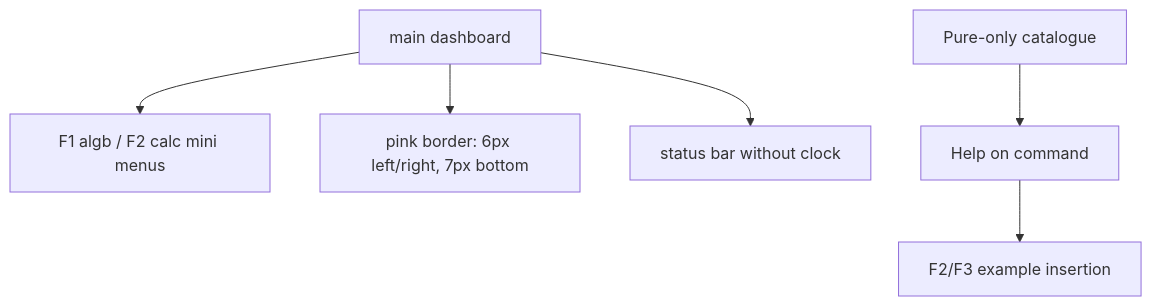
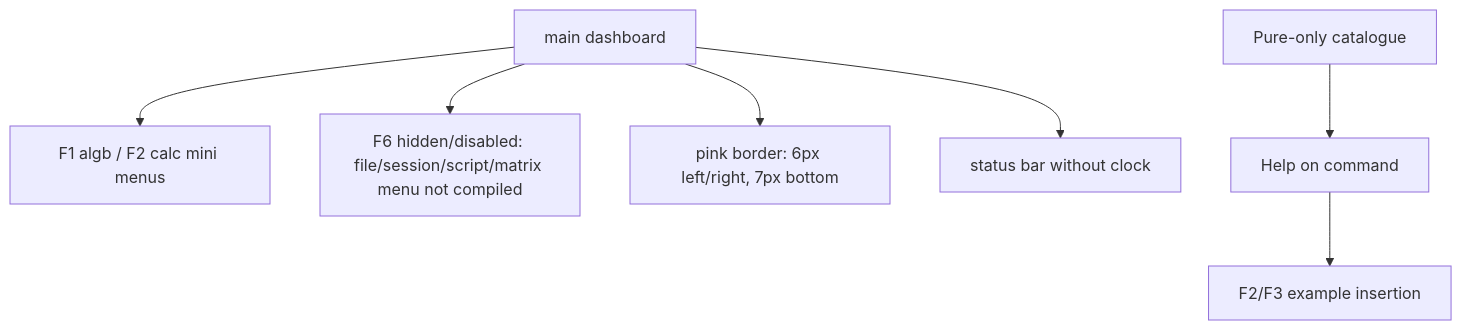
The fourth of 6 diagrams in docs/GRAPH.md (james8464/notes-addin-casio-fx-cg50), drawn with Mermaid before and after one commit. The commit also changed other lines of this file and 6 other files, not shown here.

````diff
--- a/docs/GRAPH.md
+++ b/docs/GRAPH.md
@@ -51,8 +51,9 @@
 ```mermaid
 graph TD
   Console["main dashboard"] --> FMenu["F1 algb / F2 calc mini menus"]
+  Console --> F6["F6 hidden/disabled: file/session/script/matrix menu not compiled"]
   Console --> Border["pink border: 6px left/right, 7px bottom"]
   Console --> Status["status bar without clock"]
   Catalog["Pure-only catalogue"] --> Help["Help on command"]
   Help --> Examples["F2/F3 example insertion"]
 ```
````
